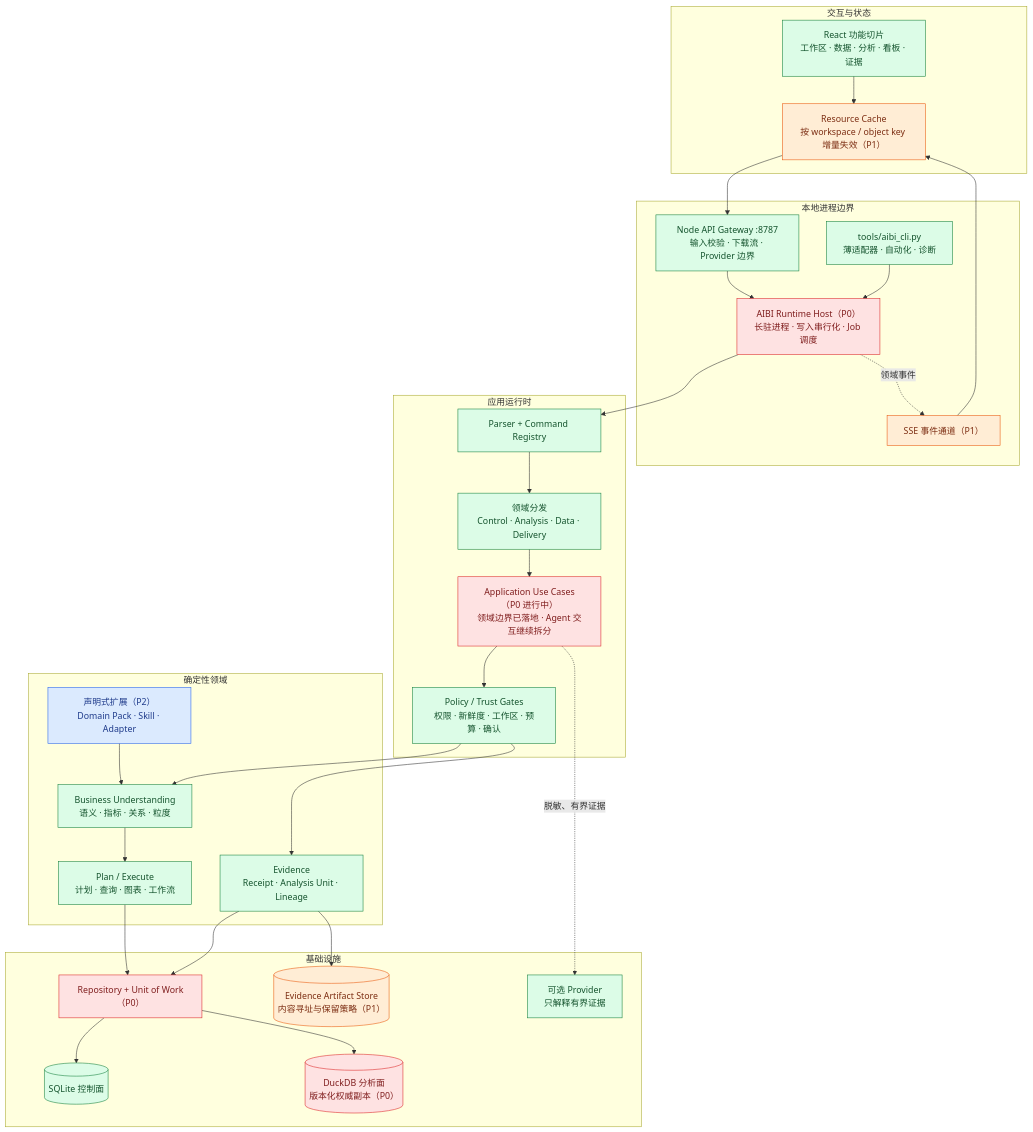
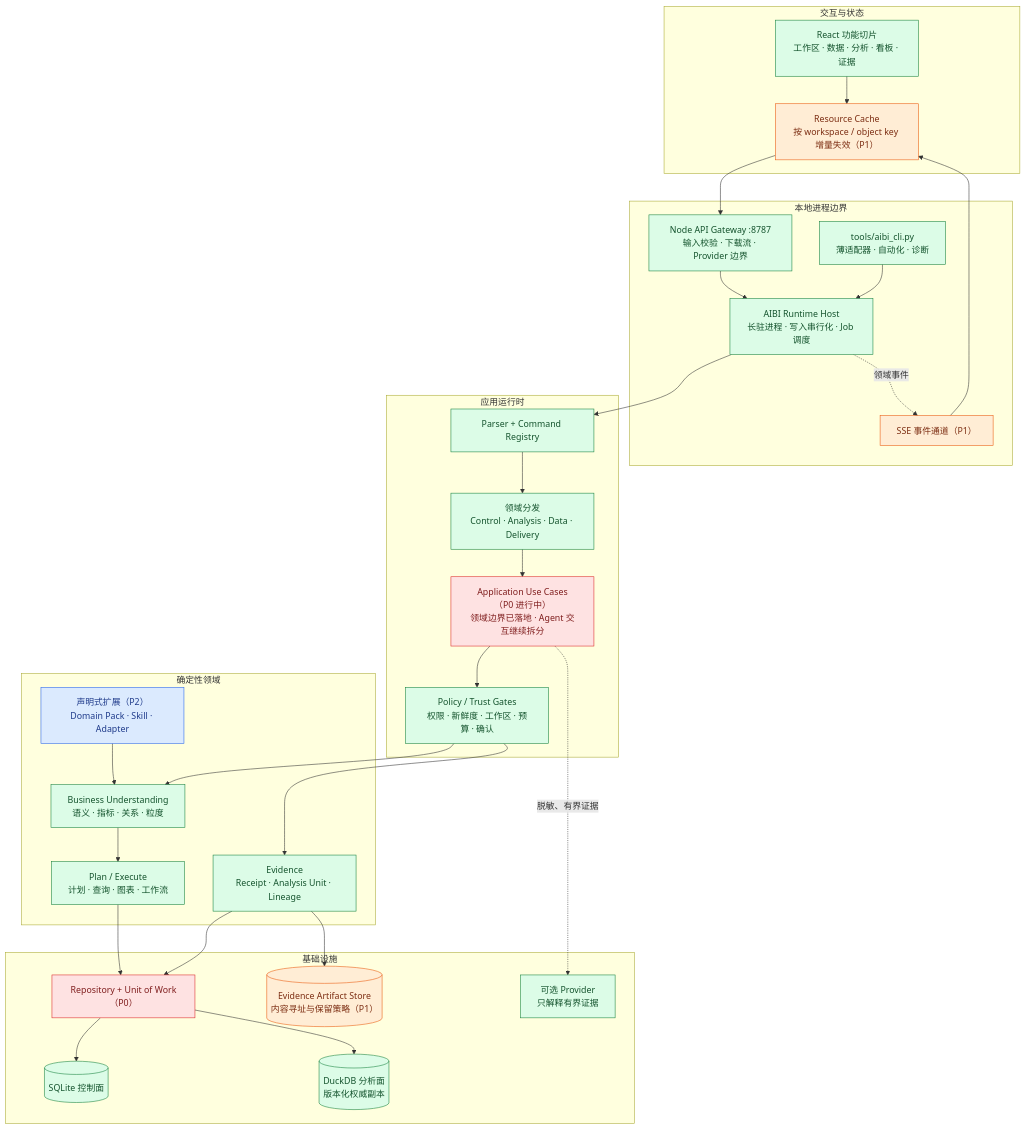
Before and after one commit to LeoSasion/ontology-frontend-framework-type-c: the diagram in docs/development-roadmap.md, drawn with Mermaid. The commit also changed other lines of this file and 184 other files, not shown here.

````diff
--- a/docs/development-roadmap.md
+++ b/docs/development-roadmap.md
@@ -13,59 +13,59 @@
 ```mermaid
 flowchart TB
   subgraph Experience["交互与状态"]
     UI["React 功能切片<br/>工作区 · 数据 · 分析 · 看板 · 证据"]
     CACHE["Resource Cache<br/>按 workspace / object key 增量失效（P1）"]
   end
 
   subgraph Boundary["本地进程边界"]
     API["Node API Gateway :8787<br/>输入校验 · 下载流 · Provider 边界"]
     SSE["SSE 事件通道（P1）"]
-    HOST["AIBI Runtime Host（P0）<br/>长驻进程 · 写入串行化 · Job 调度"]
+    HOST["AIBI Runtime Host<br/>长驻进程 · 写入串行化 · Job 调度"]
     CLI["tools/aibi_cli.py<br/>薄适配器 · 自动化 · 诊断"]
   end
 
   subgraph Application["应用运行时"]
     REG["Parser + Command Registry"]
     ROUTE["领域分发<br/>Control · Analysis · Data · Delivery"]
     CASES["Application Use Cases（P0 进行中）<br/>领域边界已落地 · Agent 交互继续拆分"]
     GUARD["Policy / Trust Gates<br/>权限 · 新鲜度 · 工作区 · 预算 · 确认"]
   end
 
   subgraph Domain["确定性领域"]
     SEM["Business Understanding<br/>语义 · 指标 · 关系 · 粒度"]
     PLAN["Plan / Execute<br/>计划 · 查询 · 图表 · 工作流"]
     EVIDENCE["Evidence<br/>Receipt · Analysis Unit · Lineage"]
     EXT["声明式扩展（P2）<br/>Domain Pack · Skill · Adapter"]
   end
 
   subgraph Infrastructure["基础设施"]
     REPO["Repository + Unit of Work（P0）"]
     SQLITE[("SQLite 控制面")]
-    DUCK[("DuckDB 分析面<br/>版本化权威副本（P0）")]
+    DUCK[("DuckDB 分析面<br/>版本化权威副本")]
     CAS[("Evidence Artifact Store<br/>内容寻址与保留策略（P1）")]
     PROVIDER["可选 Provider<br/>只解释有界证据"]
   end
 
   UI --> CACHE --> API --> HOST
   CLI --> HOST
   HOST --> REG --> ROUTE --> CASES --> GUARD
   GUARD --> SEM --> PLAN
   GUARD --> EVIDENCE
   EXT --> SEM
   PLAN --> REPO
   EVIDENCE --> REPO
   REPO --> SQLITE
   REPO --> DUCK
   EVIDENCE --> CAS
   CASES -. "脱敏、有界证据" .-> PROVIDER
   HOST -. "领域事件" .-> SSE --> CACHE
 
   classDef shipped fill:#dcfce7,stroke:#15803d,color:#14532d;
   classDef p0 fill:#fee2e2,stroke:#dc2626,color:#7f1d1d;
   classDef p1 fill:#ffedd5,stroke:#ea580c,color:#7c2d12;
   classDef p2 fill:#dbeafe,stroke:#2563eb,color:#1e3a8a;
-  class CLI,REG,ROUTE,API,UI,GUARD,SEM,PLAN,EVIDENCE,SQLITE,PROVIDER shipped;
-  class HOST,CASES,REPO,DUCK p0;
+  class CLI,REG,ROUTE,API,UI,HOST,GUARD,SEM,PLAN,EVIDENCE,SQLITE,DUCK,PROVIDER shipped;
+  class CASES,REPO p0;
   class CACHE,SSE,CAS p1;
   class EXT p2;
 ```
````
